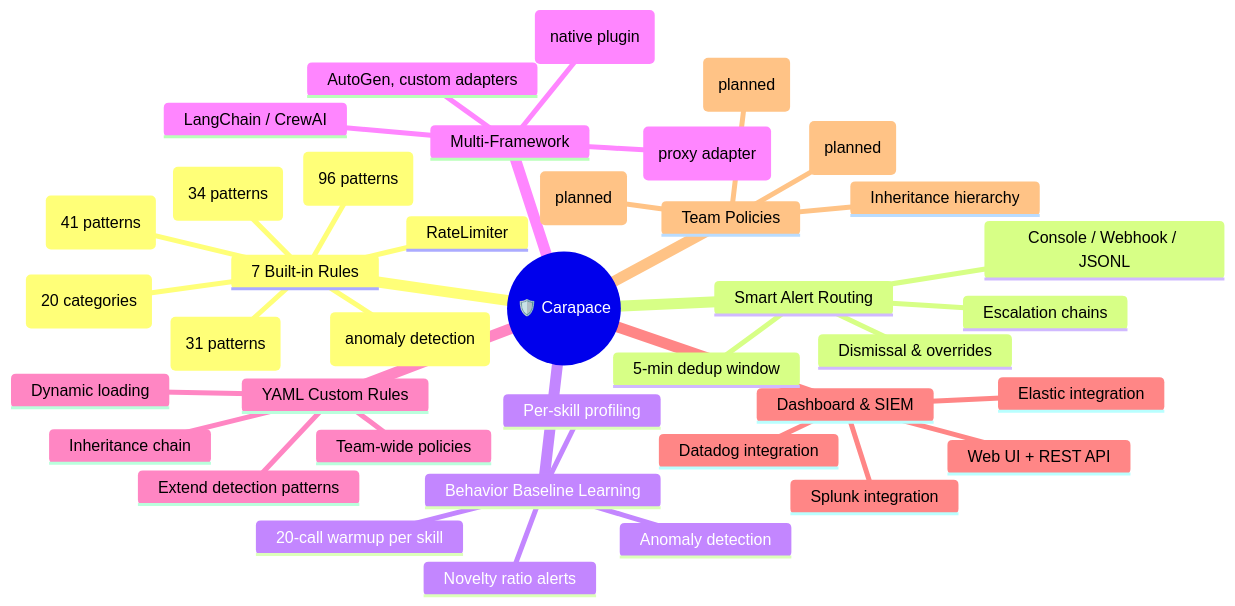
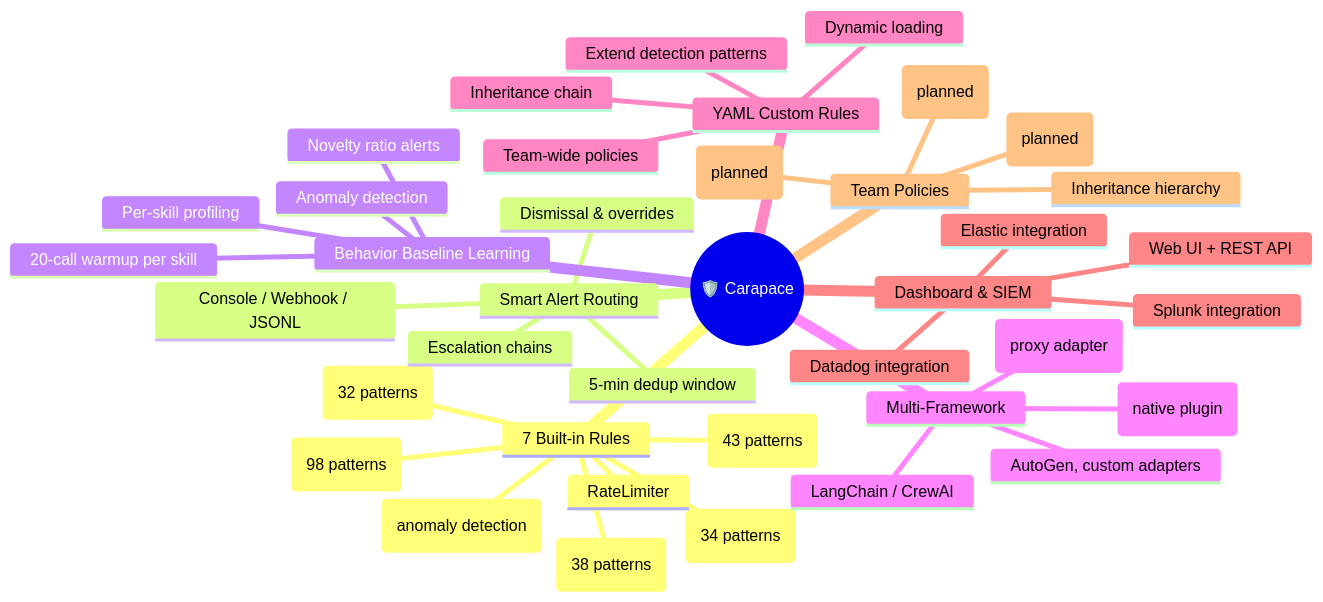
Before and after one commit to yeasy/carapace: the first of 4 diagrams in README.md, drawn with Mermaid. The commit also changed other lines of this file and 3 other files, not shown here.

````diff
--- a/README.md
+++ b/README.md
@@ -70,42 +70,42 @@
 ```mermaid
 mindmap
   root((🛡️ Carapace))
     7 Built-in Rules
-      ExecGuard (96 patterns)
-      PathGuard (41 patterns)
-      NetworkGuard (20 categories)
+      ExecGuard (98 patterns)
+      PathGuard (43 patterns)
+      NetworkGuard (34 patterns)
       RateLimiter
-      PromptInjection (31 patterns)
-      DataExfil (34 patterns)
+      PromptInjection (32 patterns)
+      DataExfil (38 patterns)
       BaselineDrift (anomaly detection)
     Smart Alert Routing
       5-min dedup window
       Escalation chains
       Dismissal & overrides
       Console / Webhook / JSONL
     Behavior Baseline Learning
       20-call warmup per skill
       Per-skill profiling
       Anomaly detection
       Novelty ratio alerts
     Multi-Framework
       OpenClaw (native plugin)
       MCP (proxy adapter)
       LangChain / CrewAI
       AutoGen, custom adapters
     YAML Custom Rules
       Extend detection patterns
       Team-wide policies
       Inheritance chain
       Dynamic loading
     Dashboard & SIEM
       Web UI + REST API
       Splunk integration
       Elastic integration
       Datadog integration
     Team Policies
       Inheritance hierarchy
       Role-based access (planned)
       Policy versioning (planned)
       Audit logging (planned)
 ```
````
